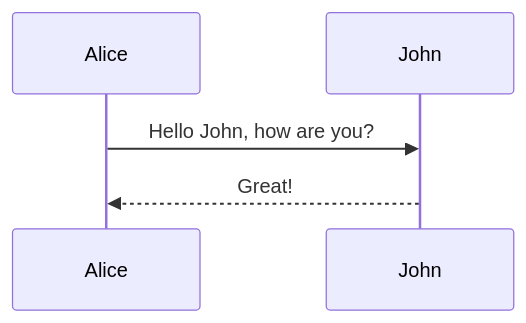
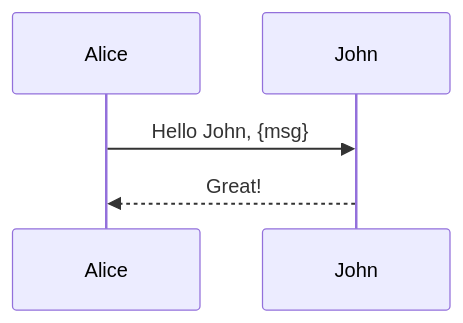
Before and after one commit to docascod/actions-build: the diagram in Example/first.md, drawn with Mermaid. The commit also changed other lines of this file, not shown here.

````diff
--- a/Example/first.md
+++ b/Example/first.md
@@ -11,5 +11,5 @@
 ```mermaid
 sequenceDiagram
-    Alice->>John: Hello John, how are you?
+    Alice->>John: Hello John, {msg}
     John-->>Alice: Great!
 ```
````
